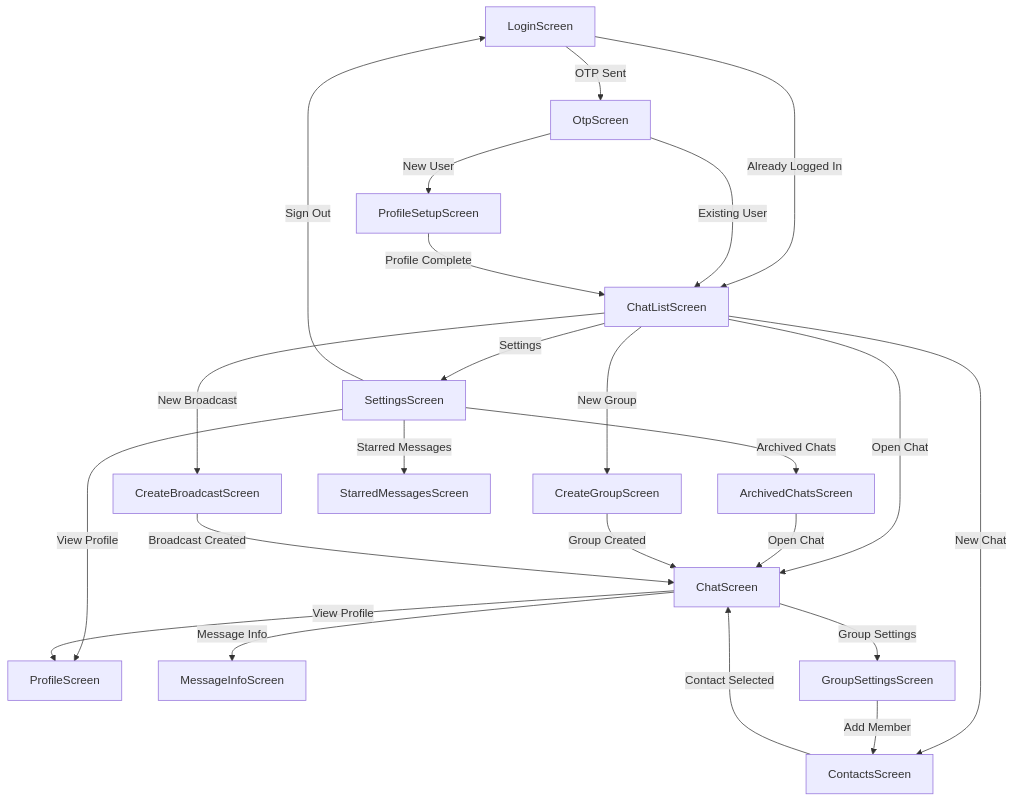
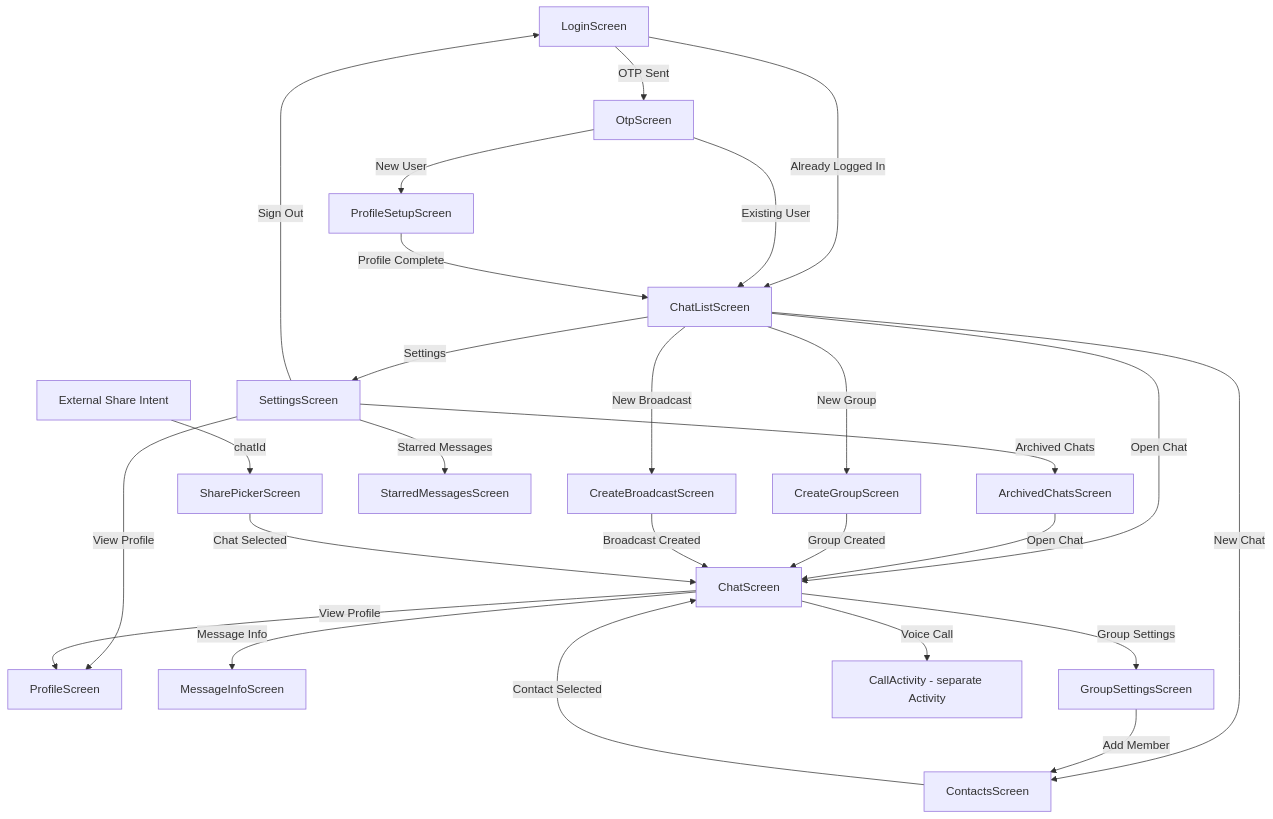
One commit to gomorra/fire-stream-chat changed the seventh of 7 diagrams in docs/ARCHITECTURE.md. Above: the diagram before and after it, drawn with Mermaid. The commit also changed other lines of this file and 15 other files, not shown here.

````diff
--- a/docs/ARCHITECTURE.md
+++ b/docs/ARCHITECTURE.md
@@ -293,36 +546,41 @@
 ```mermaid
 graph TD
     %% Auth Flow
     Login[LoginScreen] -->|Already Logged In| ChatList[ChatListScreen]
     Login -->|OTP Sent| Otp[OtpScreen]
     Otp -->|Existing User| ChatList
     Otp -->|New User| ProfileSetup[ProfileSetupScreen]
     ProfileSetup -->|Profile Complete| ChatList
     Settings[SettingsScreen] -->|Sign Out| Login
 
     %% Main Flow
     ChatList -->|Settings| Settings
     ChatList -->|New Chat| Contacts[ContactsScreen]
     ChatList -->|New Group| CreateGroup[CreateGroupScreen]
     ChatList -->|New Broadcast| CreateBroadcast[CreateBroadcastScreen]
     ChatList -->|Open Chat| Chat[ChatScreen]
 
     %% From Settings
     Settings -->|Starred Messages| StarredMessages[StarredMessagesScreen]
     Settings -->|Archived Chats| ArchivedChats[ArchivedChatsScreen]
     Settings -->|View Profile| Profile[ProfileScreen]
-    
+
     %% From Archived Chats
     ArchivedChats -->|Open Chat| Chat
 
     %% Chat Connective Flows
     Contacts -->|Contact Selected| Chat
     CreateGroup -->|Group Created| Chat
     CreateBroadcast -->|Broadcast Created| Chat
-    
+
     Chat -->|Message Info| MessageInfo[MessageInfoScreen]
     Chat -->|View Profile| Profile
     Chat -->|Group Settings| GroupSettings[GroupSettingsScreen]
-    
+    Chat -->|Voice Call| CallActivity[CallActivity - separate Activity]
+
     GroupSettings -->|Add Member| Contacts
+
+    %% Share Intent
+    ShareIntent[External Share Intent] -->|chatId| SharePicker[SharePickerScreen]
+    SharePicker -->|Chat Selected| Chat
 ```
````
